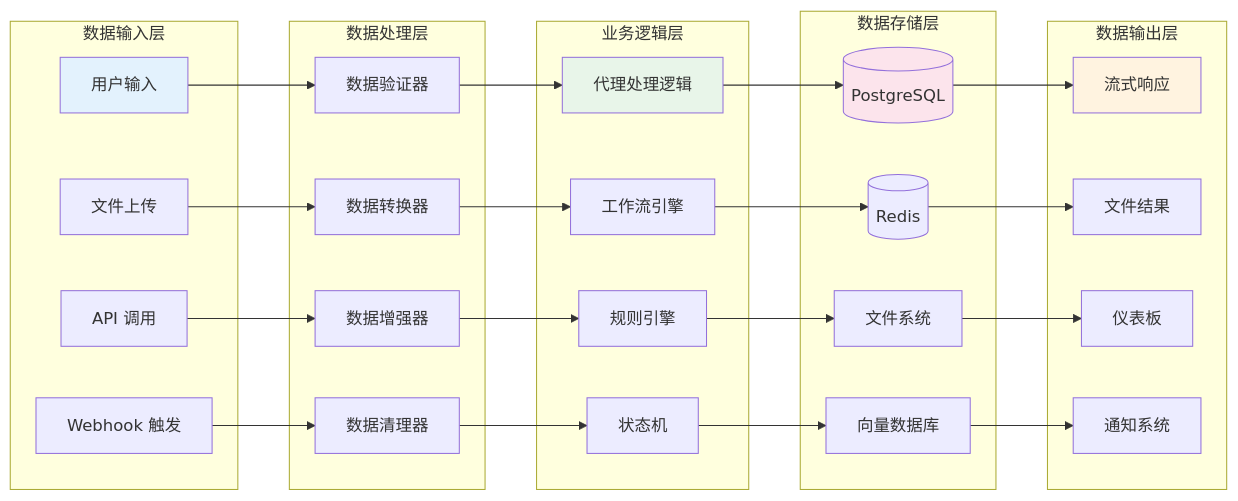
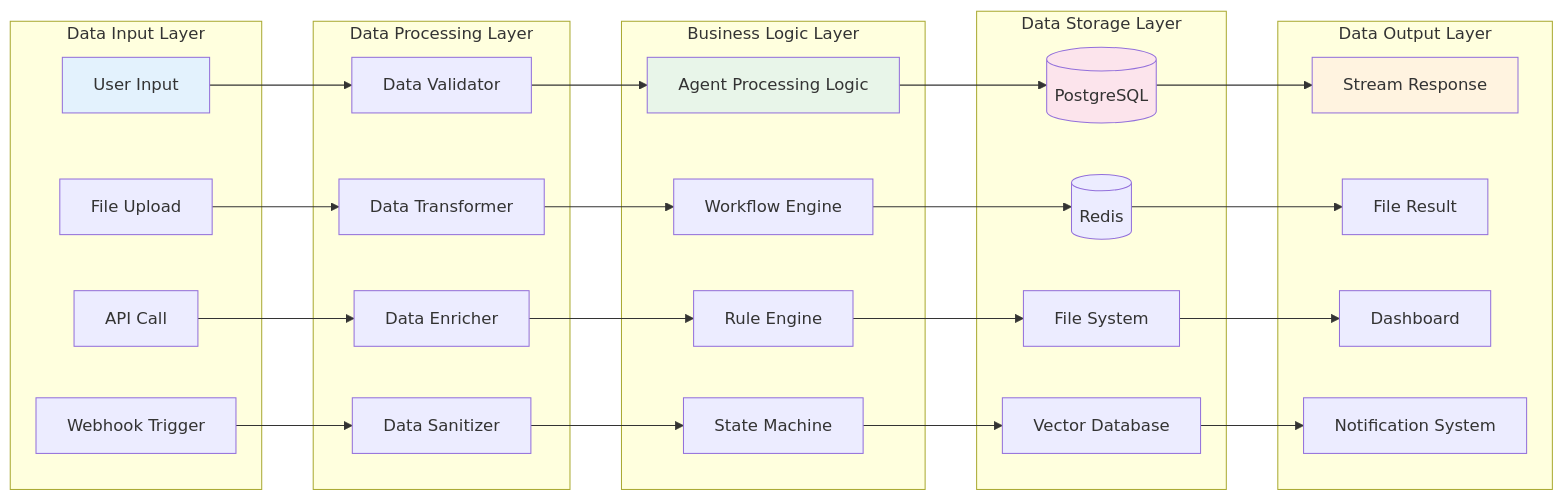
Before and after one commit to zcxGGmu/Astraeus: the fourth of 11 diagrams in README.md, drawn with Mermaid. The commit also changed other lines of this file, not shown here.

First line of the commit message:
docs: convert README architecture descriptions from Chinese to English

````diff
--- a/README.md
+++ b/README.md
@@ -391,68 +391,68 @@
 ```mermaid
 flowchart LR
-    %% 数据输入
-    subgraph "数据输入层"
-        USER_INPUT[用户输入]
-        FILE_UPLOAD[文件上传]
-        API_INPUT[API 调用]
-        WEBHOOK[Webhook 触发]
+    %% Data Input
+    subgraph "Data Input Layer"
+        USER_INPUT[User Input]
+        FILE_UPLOAD[File Upload]
+        API_INPUT[API Call]
+        WEBHOOK[Webhook Trigger]
     end
 
-    %% 数据处理
-    subgraph "数据处理层"
-        VALIDATOR[数据验证器]
-        TRANSFORMER[数据转换器]
-        ENRICHER[数据增强器]
-        SANITIZER[数据清理器]
+    %% Data Processing
+    subgraph "Data Processing Layer"
+        VALIDATOR[Data Validator]
+        TRANSFORMER[Data Transformer]
+        ENRICHER[Data Enricher]
+        SANITIZER[Data Sanitizer]
     end
 
-    %% 业务逻辑
-    subgraph "业务逻辑层"
-        AGENT_LOGIC[代理处理逻辑]
-        WORKFLOW_ENGINE[工作流引擎]
-        RULE_ENGINE[规则引擎]
-        STATE_MACHINE[状态机]
+    %% Business Logic
+    subgraph "Business Logic Layer"
+        AGENT_LOGIC[Agent Processing Logic]
+        WORKFLOW_ENGINE[Workflow Engine]
+        RULE_ENGINE[Rule Engine]
+        STATE_MACHINE[State Machine]
     end
 
-    %% 数据存储
-    subgraph "数据存储层"
+    %% Data Storage
+    subgraph "Data Storage Layer"
         POSTGRES_DB[(PostgreSQL)]
         REDIS_CACHE[(Redis)]
-        FILE_STORAGE[文件系统]
-        VECTOR_STORE[向量数据库]
+        FILE_STORAGE[File System]
+        VECTOR_STORE[Vector Database]
     end
 
-    %% 数据输出
-    subgraph "数据输出层"
-        STREAM_RESPONSE[流式响应]
-        FILE_RESULT[文件结果]
-        DASHBOARD[仪表板]
-        NOTIFICATION[通知系统]
+    %% Data Output
+    subgraph "Data Output Layer"
+        STREAM_RESPONSE[Stream Response]
+        FILE_RESULT[File Result]
+        DASHBOARD[Dashboard]
+        NOTIFICATION[Notification System]
     end
 
-    %% 数据流
+    %% Data Flow
     USER_INPUT --> VALIDATOR
     FILE_UPLOAD --> TRANSFORMER
     API_INPUT --> ENRICHER
     WEBHOOK --> SANITIZER
 
     VALIDATOR --> AGENT_LOGIC
     TRANSFORMER --> WORKFLOW_ENGINE
     ENRICHER --> RULE_ENGINE
     SANITIZER --> STATE_MACHINE
 
     AGENT_LOGIC --> POSTGRES_DB
     WORKFLOW_ENGINE --> REDIS_CACHE
     RULE_ENGINE --> FILE_STORAGE
     STATE_MACHINE --> VECTOR_STORE
 
     POSTGRES_DB --> STREAM_RESPONSE
     REDIS_CACHE --> FILE_RESULT
     FILE_STORAGE --> DASHBOARD
     VECTOR_STORE --> NOTIFICATION
 
     style USER_INPUT fill:#e3f2fd
     style AGENT_LOGIC fill:#e8f5e9
     style POSTGRES_DB fill:#fce4ec
     style STREAM_RESPONSE fill:#fff3e0
 ```
````
